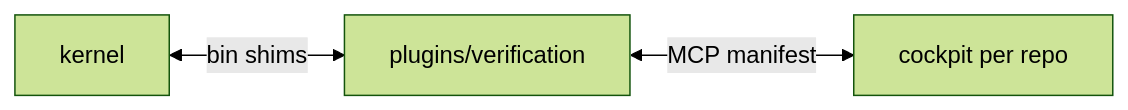
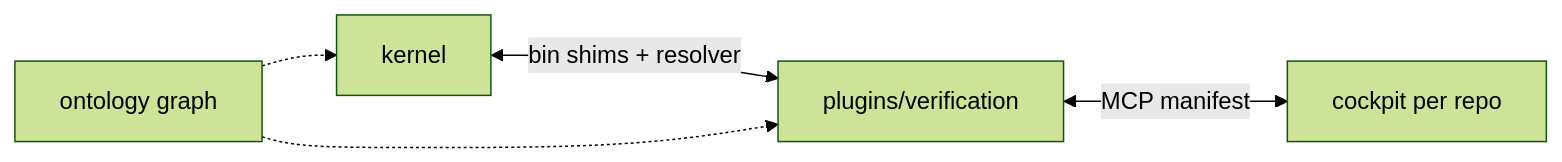
The diagram in arch-design/coming-next.md (p10ns11y/shellyxz.sh), drawn with Mermaid (forest theme) before and after one commit. The commit also changed other lines of this file and 7 other files, not shown here.

First line of the commit message:
Add ontology graph viz, HODA overlay, and finish coming-next.

````diff
--- a/arch-design/coming-next.md
+++ b/arch-design/coming-next.md
@@ -32,5 +33,7 @@
 ```mermaid
 flowchart LR
-  K[kernel] <-->|bin shims| P[plugins/verification]
+  K[kernel] <-->|bin shims + resolver| P[plugins/verification]
   P <-->|MCP manifest| C[cockpit per repo]
+  O[ontology graph] -.-> K
+  O -.-> P
 ```
````
